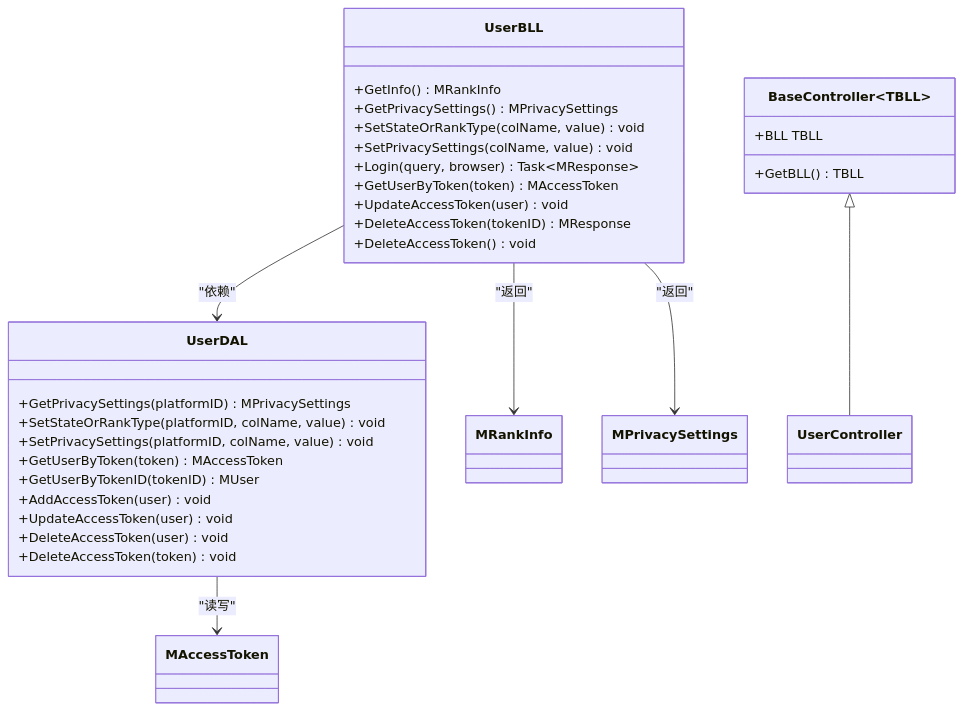
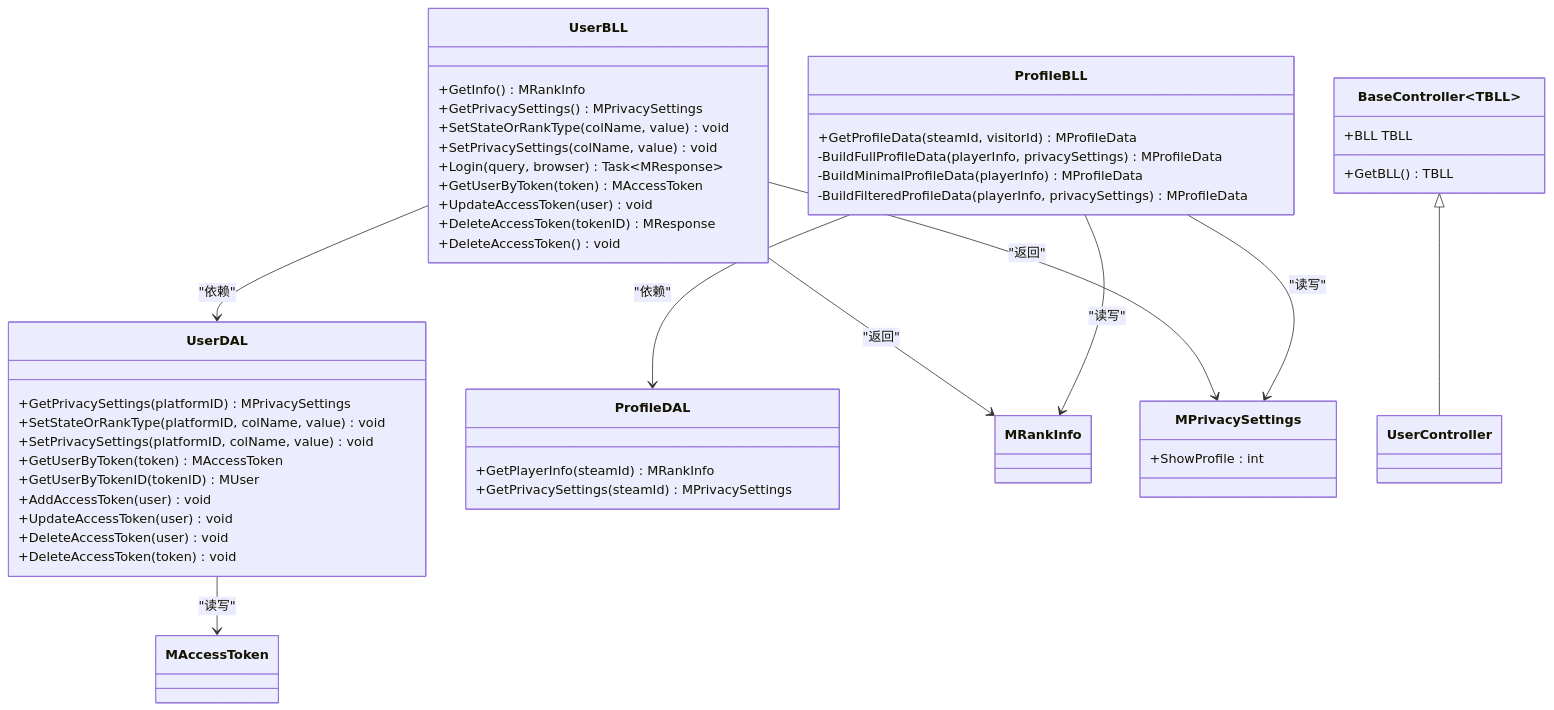
The second of 5 diagrams in .qoder/repowiki/zh/content/后端 API 服务/用户管理模块/用户信息管理.md (TinyMaD/SpeedRunnersLab), drawn with Mermaid before and after one commit. The commit also changed other lines of this file and 29 other files, not shown here.

````diff
--- a/.qoder/repowiki/zh/content/后端 API 服务/用户管理模块/用户信息管理.md
+++ b/.qoder/repowiki/zh/content/后端 API 服务/用户管理模块/用户信息管理.md
@@ -79,37 +97,52 @@
 ```mermaid
 classDiagram
 class BaseController~TBLL~ {
 +BLL TBLL
 +GetBLL() TBLL
 }
 class UserBLL {
 +GetInfo() MRankInfo
 +GetPrivacySettings() MPrivacySettings
 +SetStateOrRankType(colName, value) void
 +SetPrivacySettings(colName, value) void
 +Login(query, browser) Task~MResponse~
 +GetUserByToken(token) MAccessToken
 +UpdateAccessToken(user) void
 +DeleteAccessToken(tokenID) MResponse
 +DeleteAccessToken() void
 }
 class UserDAL {
 +GetPrivacySettings(platformID) MPrivacySettings
 +SetStateOrRankType(platformID, colName, value) void
 +SetPrivacySettings(platformID, colName, value) void
 +GetUserByToken(token) MAccessToken
 +GetUserByTokenID(tokenID) MUser
 +AddAccessToken(user) void
 +UpdateAccessToken(user) void
 +DeleteAccessToken(user) void
 +DeleteAccessToken(token) void
 }
+class ProfileBLL {
++GetProfileData(steamId, visitorId) MProfileData
+-BuildFullProfileData(playerInfo, privacySettings) MProfileData
+-BuildMinimalProfileData(playerInfo) MProfileData
+-BuildFilteredProfileData(playerInfo, privacySettings) MProfileData
+}
+class ProfileDAL {
++GetPlayerInfo(steamId) MRankInfo
++GetPrivacySettings(steamId) MPrivacySettings
+}
 class MRankInfo
-class MPrivacySettings
+class MPrivacySettings {
++ShowProfile : int
+}
 class MAccessToken
 BaseController <|-- UserController
 UserBLL --> UserDAL : "依赖"
 UserBLL --> MRankInfo : "返回"
 UserBLL --> MPrivacySettings : "返回"
 UserDAL --> MAccessToken : "读写"
+ProfileBLL --> ProfileDAL : "依赖"
+ProfileBLL --> MRankInfo : "读写"
+ProfileBLL --> MPrivacySettings : "读写"
 ```
````
